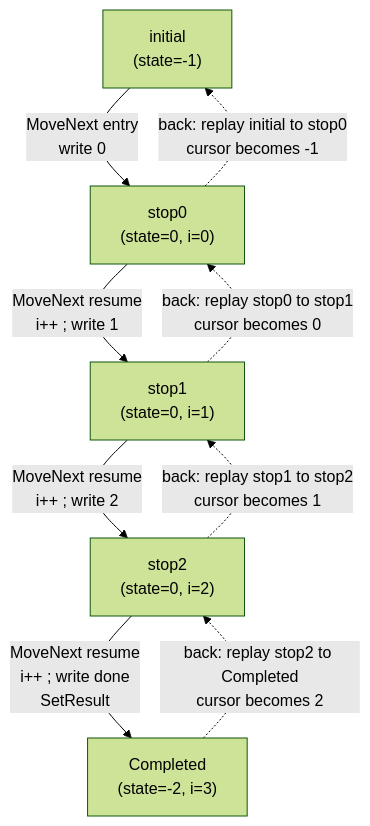
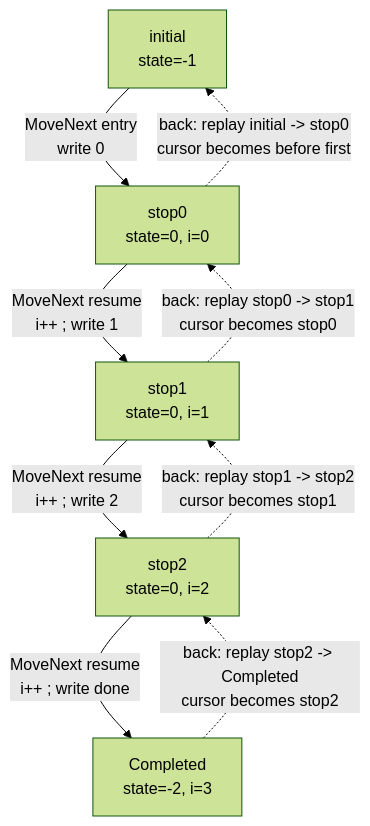
Before and after one commit to akeit0/AsyncPlayback: the third of 3 diagrams in docs/minimum-playback-algorithm.md, drawn with Mermaid (forest theme). The commit also changed other lines of this file and 1 other file, not shown here.

````diff
--- a/docs/minimum-playback-algorithm.md
+++ b/docs/minimum-playback-algorithm.md
@@ -238,18 +349,18 @@
 ```mermaid
 flowchart TD
-    I["initial<br/>(state=-1)"]
-    S0["stop0<br/>(state=0, i=0)"]
-    S1["stop1<br/>(state=0, i=1)"]
-    S2["stop2<br/>(state=0, i=2)"]
-    C["Completed<br/>(state=-2, i=3)"]
+    I["initial<br/>state=-1"]
+    S0["stop0<br/>state=0, i=0"]
+    S1["stop1<br/>state=0, i=1"]
+    S2["stop2<br/>state=0, i=2"]
+    C["Completed<br/>state=-2, i=3"]
 
     I -->|"MoveNext entry<br/>write 0"| S0
     S0 -->|"MoveNext resume<br/>i++ ; write 1"| S1
     S1 -->|"MoveNext resume<br/>i++ ; write 2"| S2
-    S2 -->|"MoveNext resume<br/>i++ ; write done<br/>SetResult"| C
+    S2 -->|"MoveNext resume<br/>i++ ; write done"| C
 
-    S0 -. "back: replay initial to stop0<br/>cursor becomes -1" .-> I
-    S1 -. "back: replay stop0 to stop1<br/>cursor becomes 0" .-> S0
-    S2 -. "back: replay stop1 to stop2<br/>cursor becomes 1" .-> S1
-    C -. "back: replay stop2 to Completed<br/>cursor becomes 2" .-> S2
+    S0 -. "back: replay initial -> stop0<br/>cursor becomes before first" .-> I
+    S1 -. "back: replay stop0 -> stop1<br/>cursor becomes stop0" .-> S0
+    S2 -. "back: replay stop1 -> stop2<br/>cursor becomes stop1" .-> S1
+    C -. "back: replay stop2 -> Completed<br/>cursor becomes stop2" .-> S2
 ```
````
